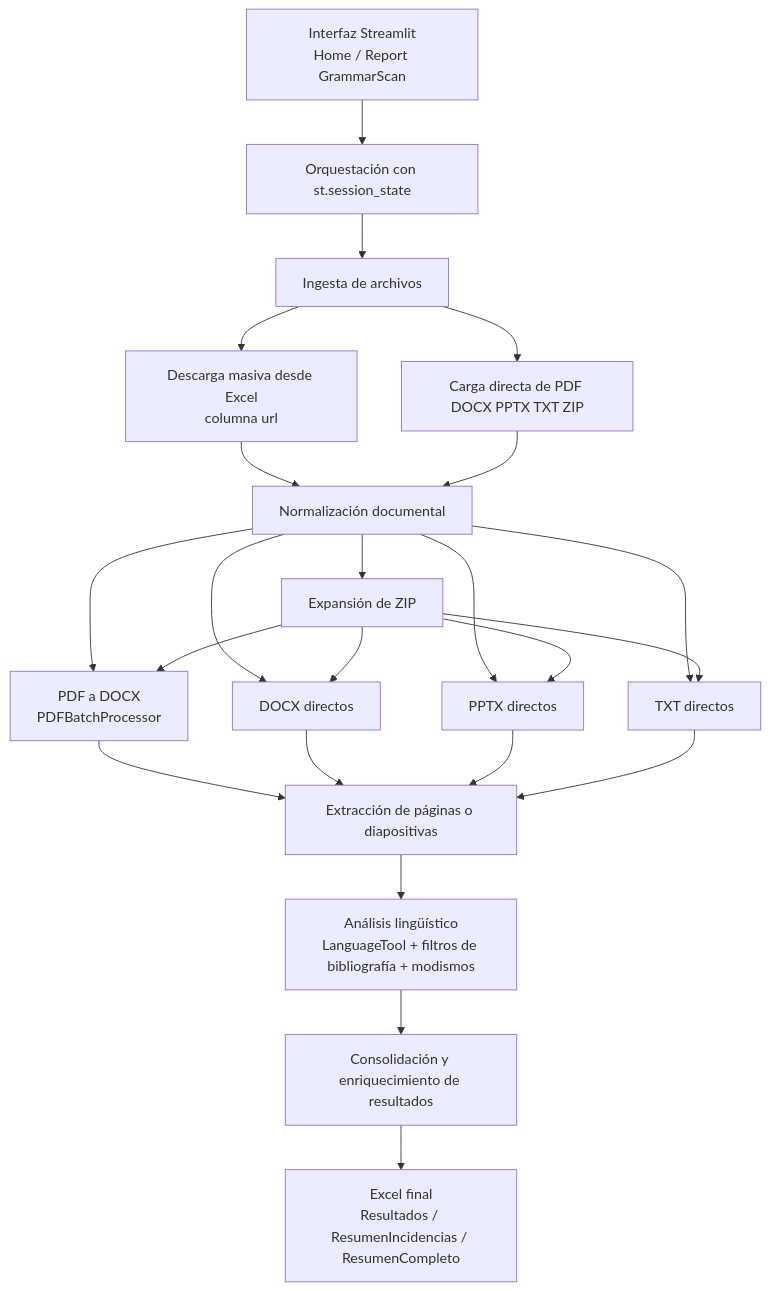
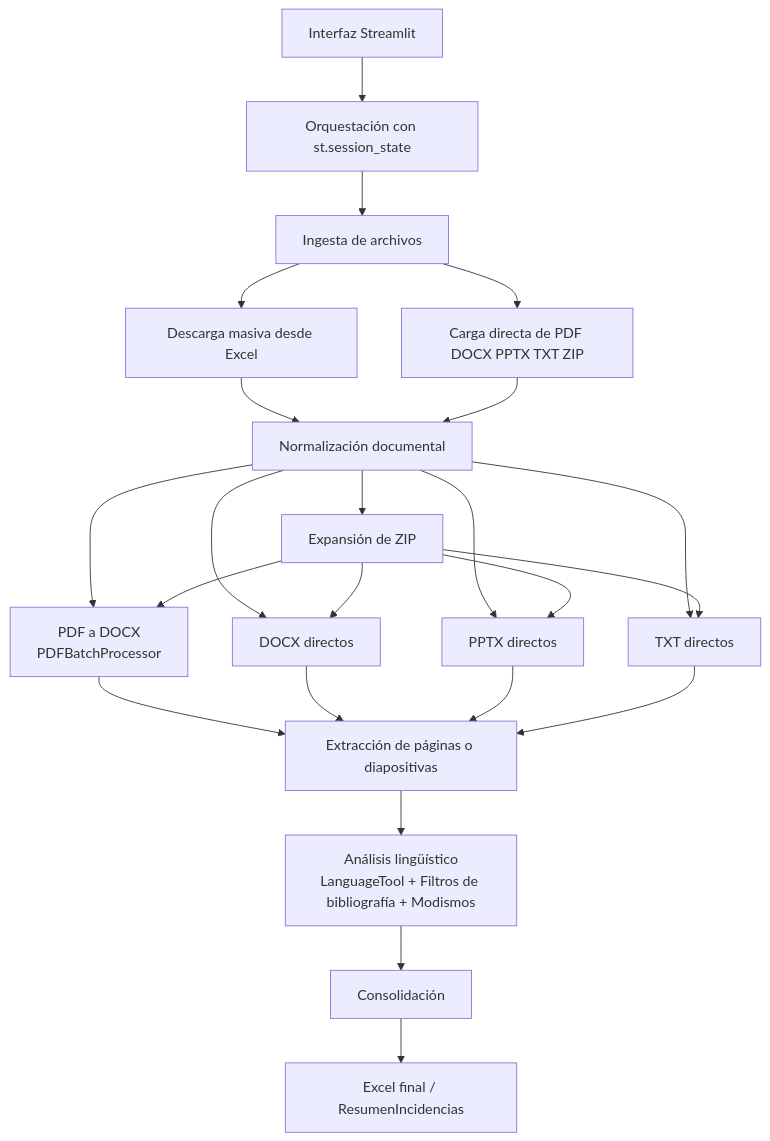
Before and after one commit to joseluisantunezcondezo/UTP_GrammarScan: the diagram in README.md, drawn with Mermaid.

Commit message:
README.md

````diff
--- a/README.md
+++ b/README.md
@@ -140,30 +140,27 @@
 ```mermaid
 flowchart TD
-    A[Interfaz Streamlit
-Home / Report GrammarScan] --> B[Orquestación con st.session_state]
+    A[Interfaz Streamlit] --> B[Orquestación con st.session_state]
     B --> C[Ingesta de archivos]
-    C --> D1[Descarga masiva desde Excel
-columna url]
+    C --> D1[Descarga masiva desde Excel]
     C --> D2[Carga directa de PDF DOCX PPTX TXT ZIP]
     D1 --> E[Normalización documental]
     D2 --> E
     E --> F1[PDF a DOCX
 PDFBatchProcessor]
     E --> F2[DOCX directos]
     E --> F3[PPTX directos]
     E --> F4[TXT directos]
     E --> F5[Expansión de ZIP]
     F5 --> F1
     F5 --> F2
     F5 --> F3
     F5 --> F4
     F1 --> G[Extracción de páginas o diapositivas]
     F2 --> G
     F3 --> G
     F4 --> G
     G --> H[Análisis lingüístico
-LanguageTool + filtros de bibliografía + modismos]
-    H --> I[Consolidación y enriquecimiento de resultados]
-    I --> J[Excel final
-Resultados / ResumenIncidencias / ResumenCompleto]
+LanguageTool + Filtros de bibliografía + Modismos]
+    H --> I[Consolidación]
+    I --> J[Excel final / ResumenIncidencias]
 ```
````
